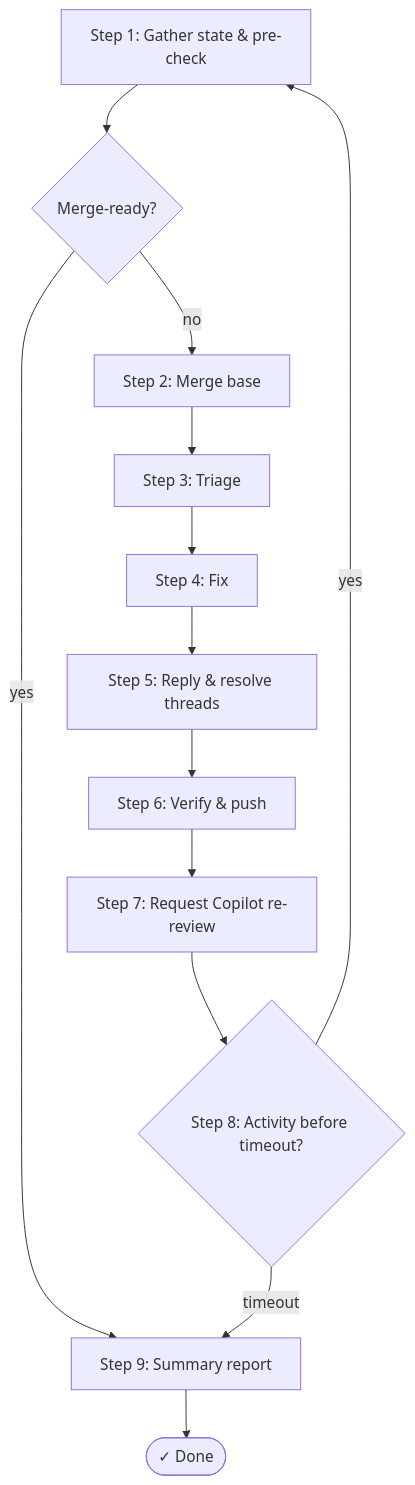
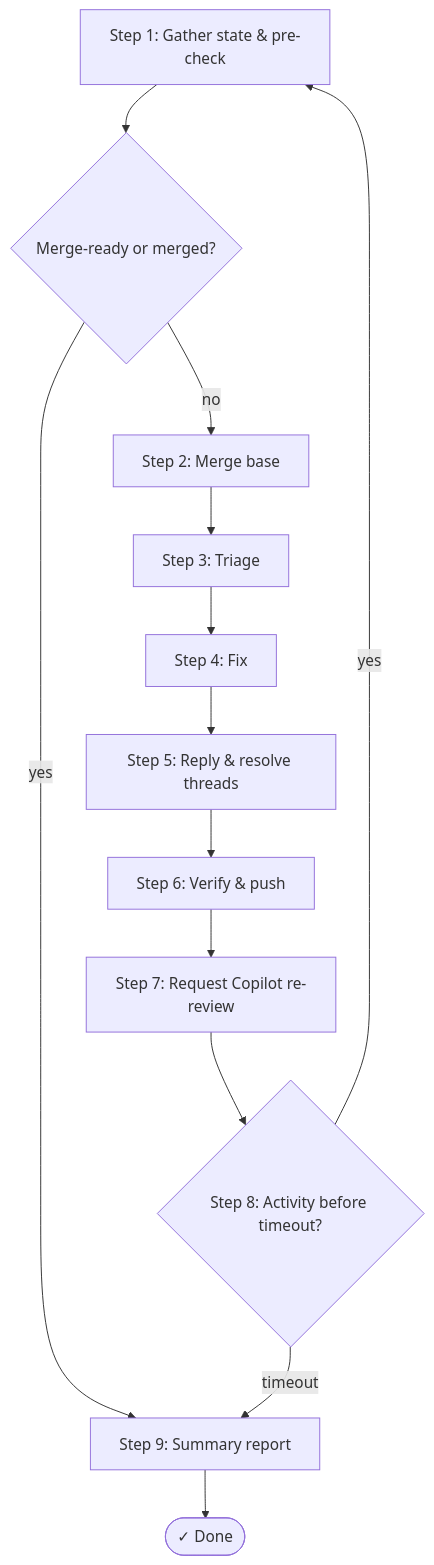
Before and after one commit to rstacruz/agentic-toolkit: the diagram in skills/atk-pr-autofix/SKILL.md, drawn with Mermaid. The commit also changed other lines of this file, not shown here.

Commit message:
fix(atk-pr-autofix): rename gate to include Merged, add Step 8 ref in case 2

````diff
--- a/skills/atk-pr-autofix/SKILL.md
+++ b/skills/atk-pr-autofix/SKILL.md
@@ -13,18 +13,18 @@
 ```mermaid
 flowchart TD
   S1["Step 1: Gather state & pre-check"]
   Done(["✓ Done"])
 
-  S1 --> Gate{"Merge-ready?"}
+  S1 --> Gate{"Merge-ready or merged?"}
   Gate -->|"yes"| S9["Step 9: Summary report"]
   S9 --> Done
   Gate -->|"no"| S2["Step 2: Merge base"]
   S2 --> S3["Step 3: Triage"]
   S3 --> S4["Step 4: Fix"]
   S4 --> S5["Step 5: Reply & resolve threads"]
   S5 --> S6["Step 6: Verify & push"]
   S6 --> S7["Step 7: Request Copilot re-review"]
   S7 --> S8{"Step 8: Activity before timeout?"}
   S8 -->|"yes"| S1
   S8 -->|"timeout"| S9
 ```
````
